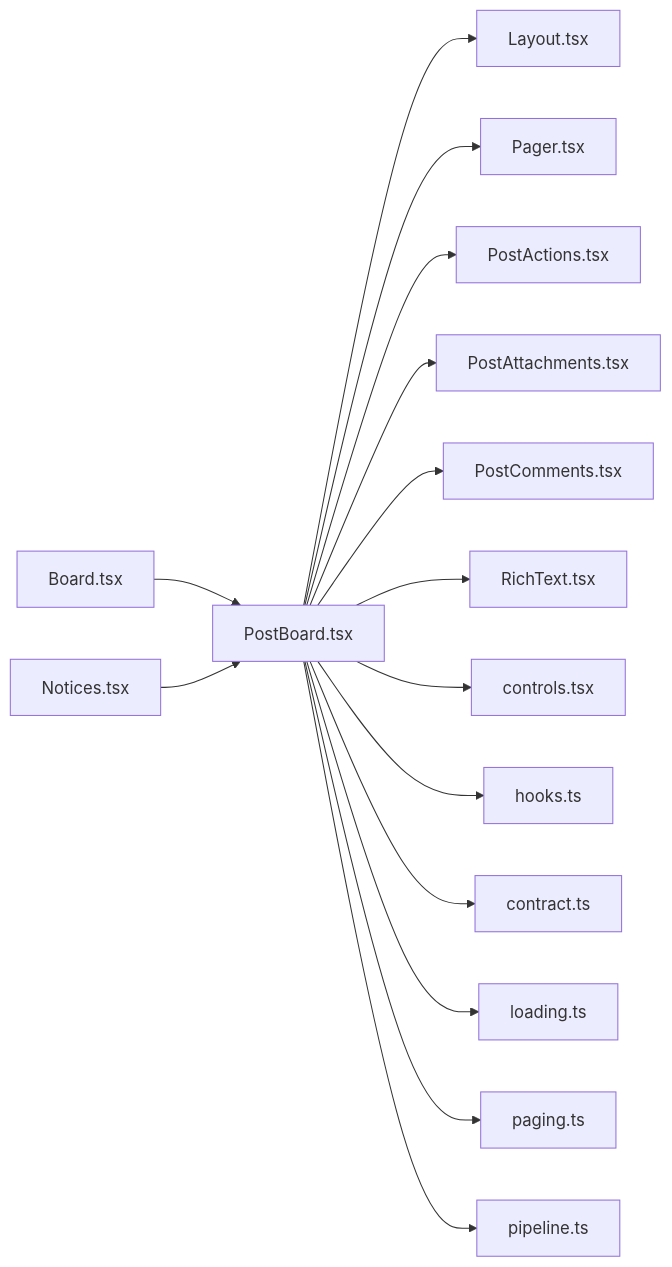
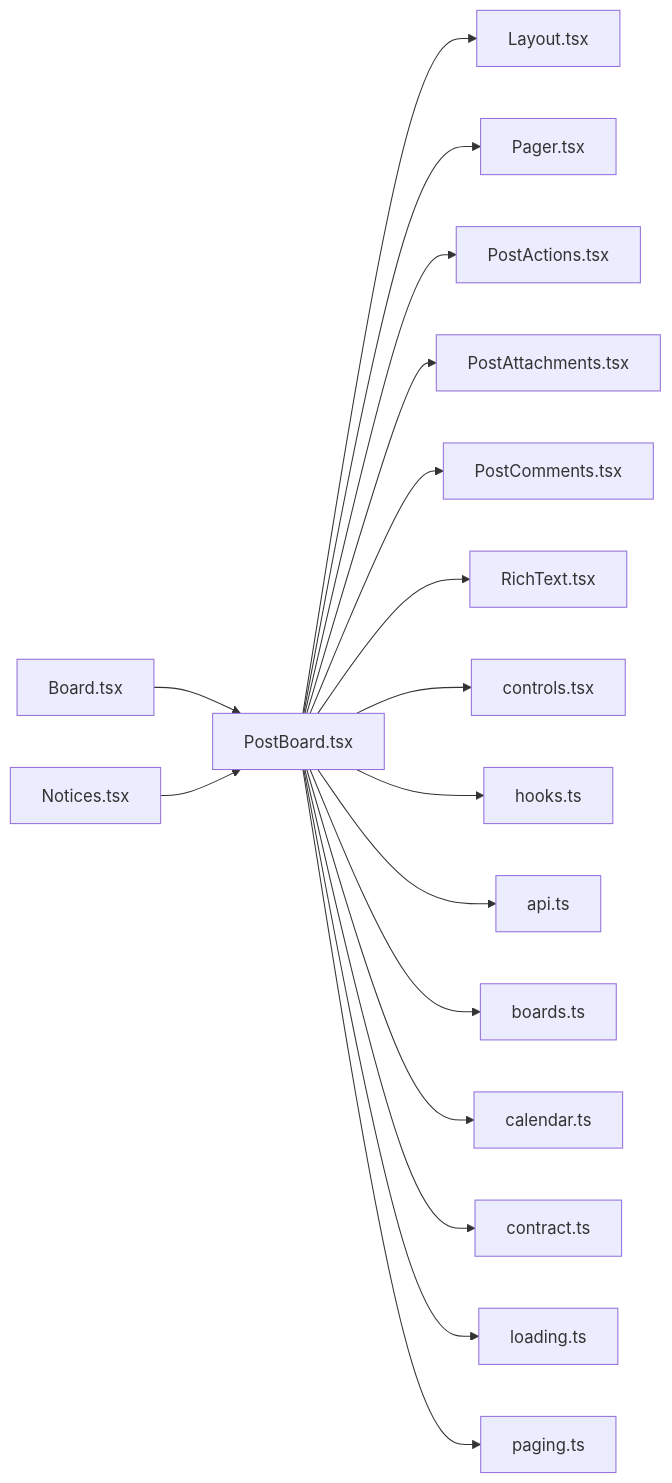
One commit to minkong-dev/Banblit changed the diagram in .cluedoc/graph/frontend/src/components/PostBoard.md. Above: the diagram before and after it, drawn with Mermaid. The commit also changed other lines of this file and 56 other files, not shown here.

Commit message:
frontend: import pure lib functions from their own files instead of through pipeline

````diff
--- a/.cluedoc/graph/frontend/src/components/PostBoard.md
+++ b/.cluedoc/graph/frontend/src/components/PostBoard.md
@@ -10,18 +10,20 @@
 ```mermaid
 flowchart LR
   frontend_src_components_PostBoard["PostBoard.tsx"]
   frontend_src_components_PostBoard --> frontend_src_components_Layout["Layout.tsx"]
   frontend_src_components_PostBoard --> frontend_src_components_Pager["Pager.tsx"]
   frontend_src_components_PostBoard --> frontend_src_components_PostActions["PostActions.tsx"]
   frontend_src_components_PostBoard --> frontend_src_components_PostAttachments["PostAttachments.tsx"]
   frontend_src_components_PostBoard --> frontend_src_components_PostComments["PostComments.tsx"]
   frontend_src_components_PostBoard --> frontend_src_components_RichText["RichText.tsx"]
   frontend_src_components_PostBoard --> frontend_src_components_controls["controls.tsx"]
   frontend_src_components_PostBoard --> frontend_src_components_hooks["hooks.ts"]
+  frontend_src_components_PostBoard --> frontend_src_lib_api["api.ts"]
+  frontend_src_components_PostBoard --> frontend_src_lib_boards["boards.ts"]
+  frontend_src_components_PostBoard --> frontend_src_lib_calendar["calendar.ts"]
   frontend_src_components_PostBoard --> frontend_src_lib_contract["contract.ts"]
   frontend_src_components_PostBoard --> frontend_src_lib_loading["loading.ts"]
   frontend_src_components_PostBoard --> frontend_src_lib_paging["paging.ts"]
-  frontend_src_components_PostBoard --> frontend_src_lib_pipeline["pipeline.ts"]
   frontend_src_routes_Board["Board.tsx"] --> frontend_src_components_PostBoard
   frontend_src_routes_Notices["Notices.tsx"] --> frontend_src_components_PostBoard
 ```
````
